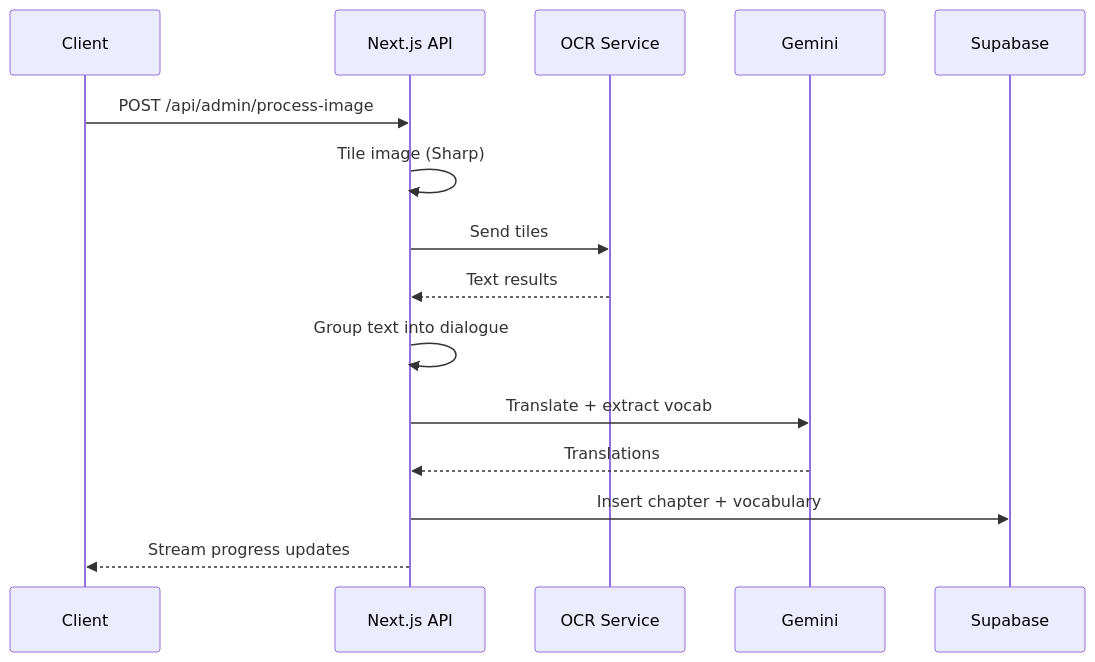
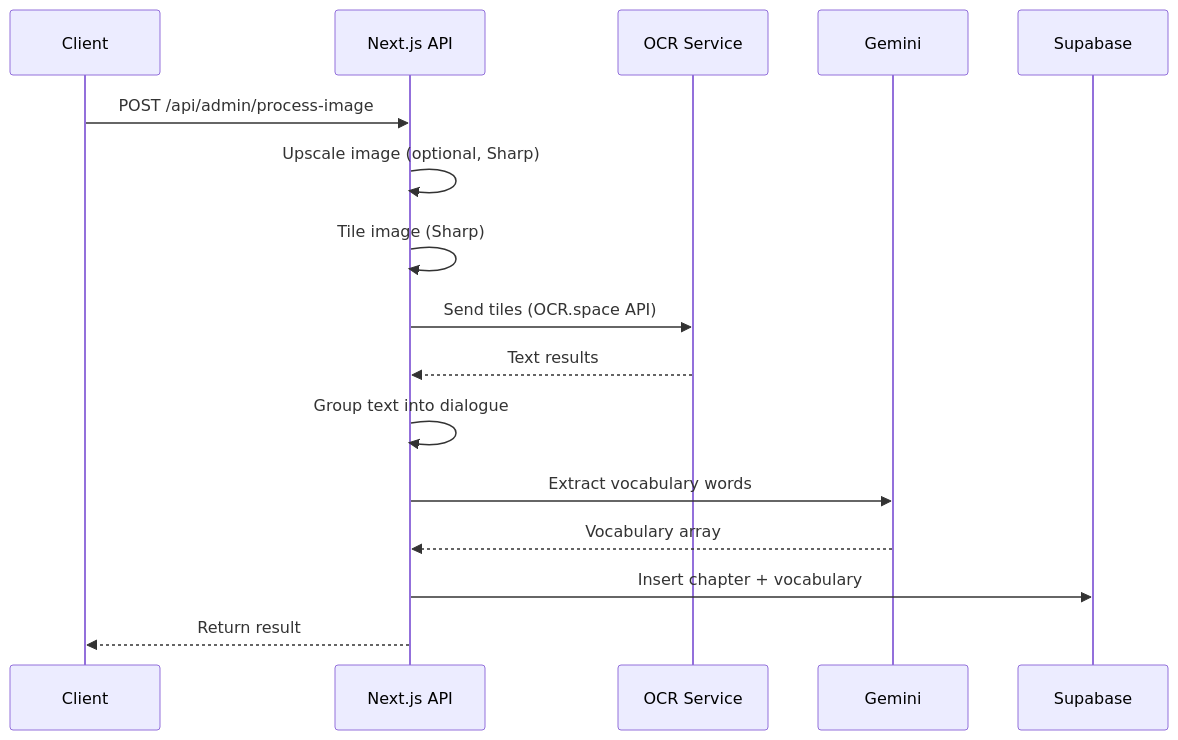
The diagram in docs/plans/1-pipeline-migration.md (gwarren3210/ankitoon), drawn with Mermaid before and after one commit. The commit also changed other lines of this file and 4 other files, not shown here.

````diff
--- a/docs/plans/1-pipeline-migration.md
+++ b/docs/plans/1-pipeline-migration.md
@@ -40,18 +40,19 @@
 ```mermaid
 sequenceDiagram
     participant Client
     participant NextAPI as Next.js API
     participant OCR as OCR Service
     participant Gemini
     participant Supabase
 
     Client->>NextAPI: POST /api/admin/process-image
+    NextAPI->>NextAPI: Upscale image (optional, Sharp)
     NextAPI->>NextAPI: Tile image (Sharp)
-    NextAPI->>OCR: Send tiles
+    NextAPI->>OCR: Send tiles (OCR.space API)
     OCR-->>NextAPI: Text results
     NextAPI->>NextAPI: Group text into dialogue
-    NextAPI->>Gemini: Translate + extract vocab
-    Gemini-->>NextAPI: Translations
+    NextAPI->>Gemini: Extract vocabulary words
+    Gemini-->>NextAPI: Vocabulary array
     NextAPI->>Supabase: Insert chapter + vocabulary
-    NextAPI-->>Client: Stream progress updates
+    NextAPI-->>Client: Return result
 ```
````
